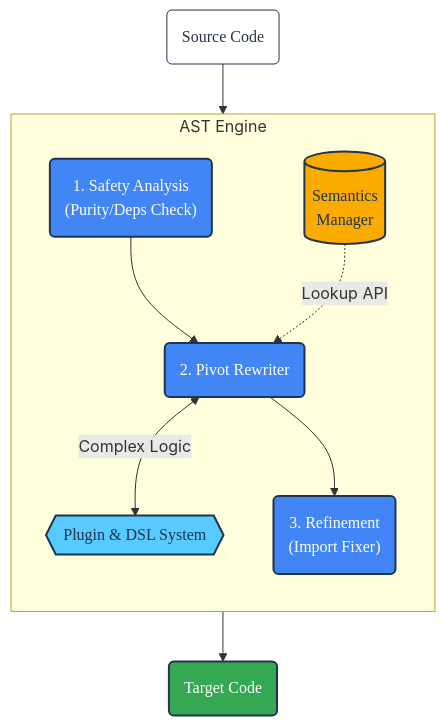
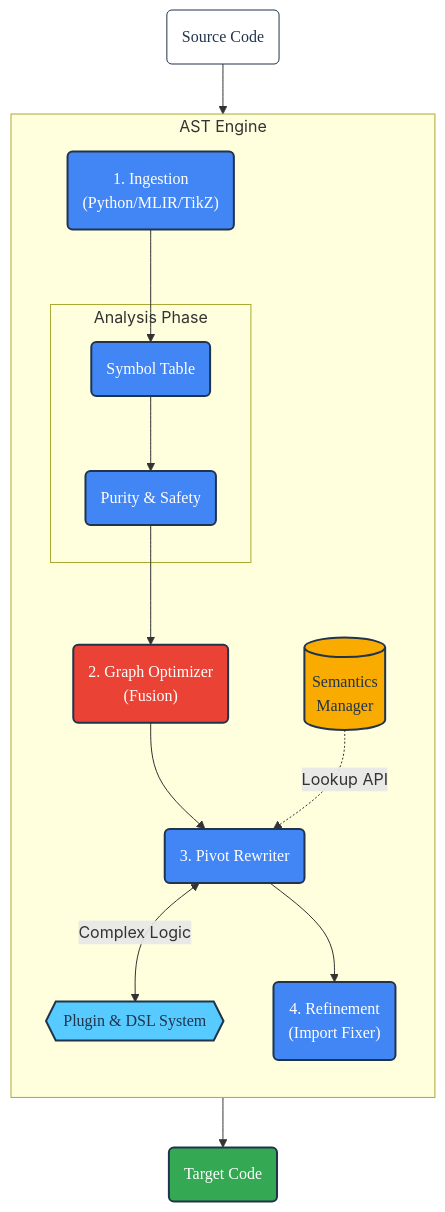
The second of 2 diagrams in ARCHITECTURE.md (SamuelMarks/ml-switcheroo), drawn with Mermaid before and after one commit. The commit also changed other lines of this file and 5 other files, not shown here.

````diff
--- a/ARCHITECTURE.md
+++ b/ARCHITECTURE.md
@@ -90,37 +106,48 @@
 ```mermaid
 graph TD
     %% --- STYLE DEFINITIONS ---
     classDef default font-family:'Google Sans',color:#20344b,stroke:#20344b;
     classDef artifact fill:#ffffff,stroke:#20344b,stroke-width:1px,color:#20344b,font-family:'Roboto Mono',stroke-dasharray: 0;
     classDef process fill:#4285f4,stroke:#20344b,stroke-width:2px,color:#ffffff,font-family:'Google Sans',rx:5px;
+    classDef optimization fill:#ea4335,stroke:#20344b,stroke-width:2px,color:#ffffff,font-family:'Google Sans',rx:5px;
     classDef kb fill:#f9ab00,stroke:#20344b,stroke-width:2px,color:#20344b,font-family:'Google Sans',rx:5px;
     classDef plugin fill:#57caff,stroke:#20344b,stroke-width:2px,color:#20344b,font-family:'Google Sans',rx:5px;
     classDef output fill:#34a853,stroke:#20344b,stroke-width:2px,color:#ffffff,font-family:'Google Sans',rx:5px;
 
     %% --- NODES ---
     SRC("Source Code"):::artifact
     
     subgraph ENGINE ["AST Engine"]
         direction TB
-        ANALYSIS("1. Safety Analysis<br/>(Purity/Deps Check)"):::process
+        INGEST("1. Ingestion<br/>(Python/MLIR/TikZ)"):::process
         
+        subgraph ANALYSIS_BLOCK [" Analysis Phase "]
+            SYMBOLS("Symbol Table"):::process
+            PURITY("Purity & Safety"):::process
+        end
+
         SERVER[("Semantics<br/>Manager")]:::kb
         
-        REWRITER("2. Pivot Rewriter"):::process
+        GRAPH_OPT("2. Graph Optimizer<br/>(Fusion)"):::optimization
+        
+        REWRITER("3. Pivot Rewriter"):::process
         PLUGINS{{Plugin & DSL System}}:::plugin
         
-        FIXER("3. Refinement<br/>(Import Fixer)"):::process
+        FIXER("4. Refinement<br/>(Import Fixer)"):::process
     end
     
     TGT("Target Code"):::output
 
     %% --- EDGES ---
-    SRC --> ANALYSIS
-    ANALYSIS --> REWRITER
+    SRC --> INGEST
+    INGEST --> SYMBOLS
+    SYMBOLS --> PURITY
+    PURITY --> GRAPH_OPT
     
+    GRAPH_OPT --> REWRITER
     SERVER -.->|"Lookup API"| REWRITER
     REWRITER <-->|"Complex Logic"| PLUGINS
     
     REWRITER --> FIXER
     FIXER --> TGT
 ```
````
